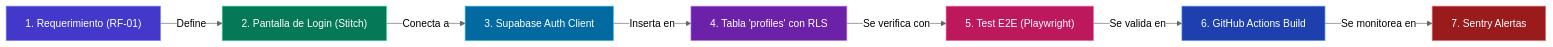
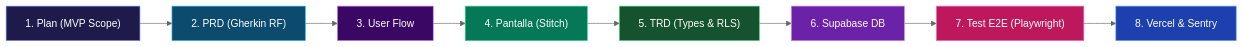
The third of 3 diagrams in 10_VISION_HOLISTICA_Y_7_FASES_SDLC.md (miuguelt/guia-desarrollo-guiado), drawn with Mermaid (neutral theme) before and after one commit. The commit also changed other lines of this file and 16 other files, not shown here.

````diff
--- a/10_VISION_HOLISTICA_Y_7_FASES_SDLC.md
+++ b/10_VISION_HOLISTICA_Y_7_FASES_SDLC.md
@@ -89,17 +89,19 @@
 ```mermaid
 graph LR
-    RF["1. Requerimiento (RF-01)"] -->|"Define"| UI["2. Pantalla de Login (Stitch)"]
-    UI -->|"Conecta a"| CLIENT["3. Supabase Auth Client"]
-    CLIENT -->|"Inserta en"| DB["4. Tabla 'profiles' con RLS"]
-    DB -->|"Se verifica con"| TEST["5. Test E2E (Playwright)"]
-    TEST -->|"Se valida en"| CI["6. GitHub Actions Build"]
-    CI -->|"Se monitorea en"| OBS["7. Sentry Alertas"]
+    PLAN["1. Plan (MVP Scope)"] --> PRD["2. PRD (Gherkin RF)"]
+    PRD --> FLOW["3. User Flow"]
+    FLOW --> UI["4. Pantalla (Stitch)"]
+    UI --> TRD["5. TRD (Types & RLS)"]
+    TRD --> DB["6. Supabase DB"]
+    DB --> TEST["7. Test E2E (Playwright)"]
+    TEST --> PROD["8. Vercel & Sentry"]
 
-    style RF fill:#4338ca,stroke:#818cf8,color:#fff
+    style PLAN fill:#1e1b4b,stroke:#818cf8,color:#fff
+    style PRD fill:#0c4a6e,stroke:#38bdf8,color:#fff
+    style FLOW fill:#3b0764,stroke:#c084fc,color:#fff
     style UI fill:#047857,stroke:#34d399,color:#fff
-    style CLIENT fill:#0369a1,stroke:#38bdf8,color:#fff
+    style TRD fill:#14532d,stroke:#4ade80,color:#fff
     style DB fill:#6b21a8,stroke:#c084fc,color:#fff
     style TEST fill:#be185d,stroke:#f472b6,color:#fff
-    style CI fill:#1e40af,stroke:#60a5fa,color:#fff
-    style OBS fill:#991b1b,stroke:#f87171,color:#fff
+    style PROD fill:#1e40af,stroke:#60a5fa,color:#fff
 ```
````
